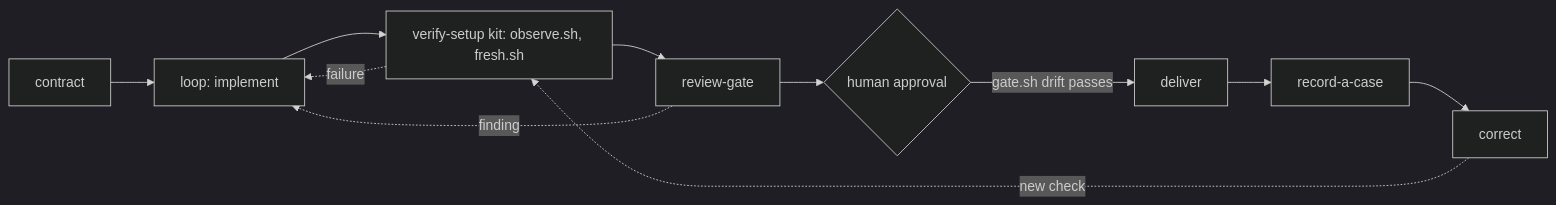
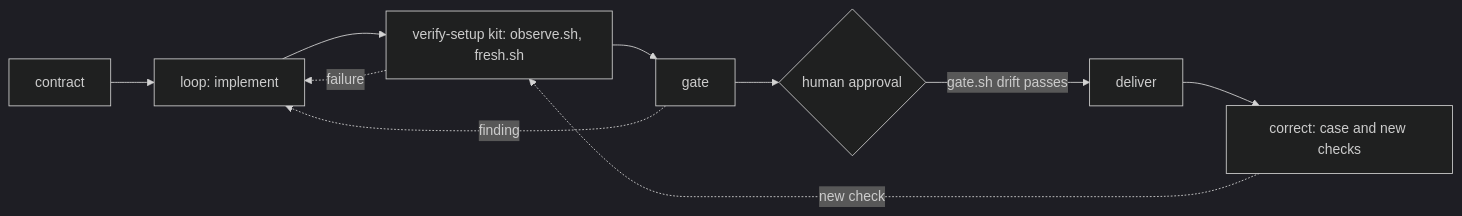
The diagram in README.md (Railly/skills), drawn with Mermaid (dark theme) before and after one commit. The commit also changed other lines of this file and 76 other files, not shown here.

First line of the commit message:
feat: gate and correct complete the five-skill core

````diff
--- a/README.md
+++ b/README.md
@@ -11,13 +11,12 @@
 ```mermaid
 flowchart LR
   Contract[contract] --> Loop[loop: implement]
   Loop --> Observe[verify-setup kit: observe.sh, fresh.sh]
-  Observe --> Review[review-gate]
+  Observe --> Review[gate]
   Review --> Human{human approval}
   Human -->|gate.sh drift passes| Deliver[deliver]
-  Deliver --> Record[record-a-case]
-  Record --> Correct[correct]
+  Deliver --> Correct[correct: case and new checks]
   Observe -.failure.-> Loop
   Review -.finding.-> Loop
   Correct -.new check.-> Observe
 ```
````
